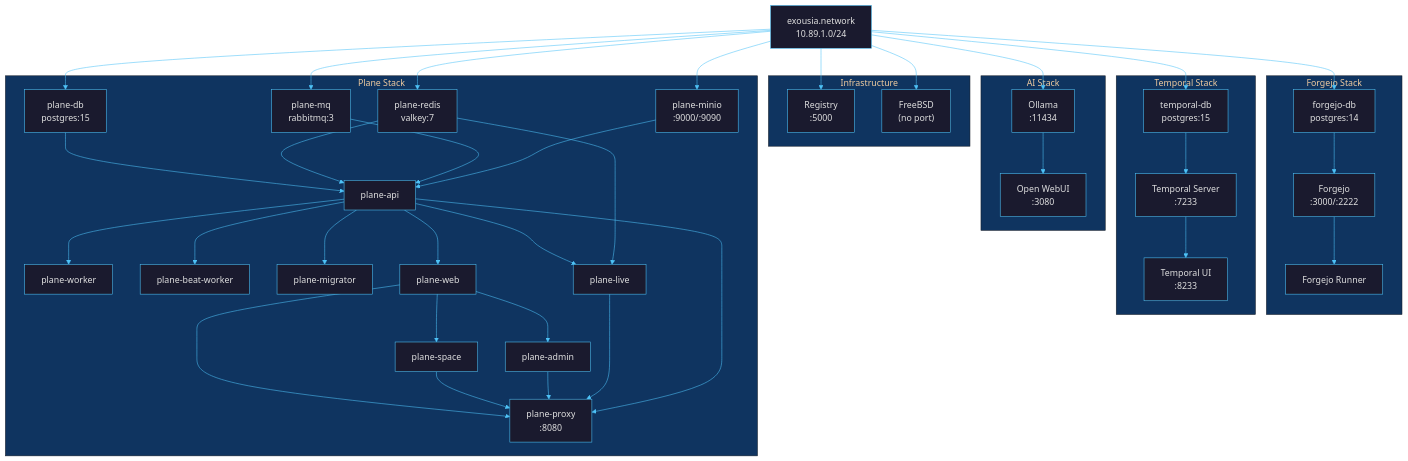
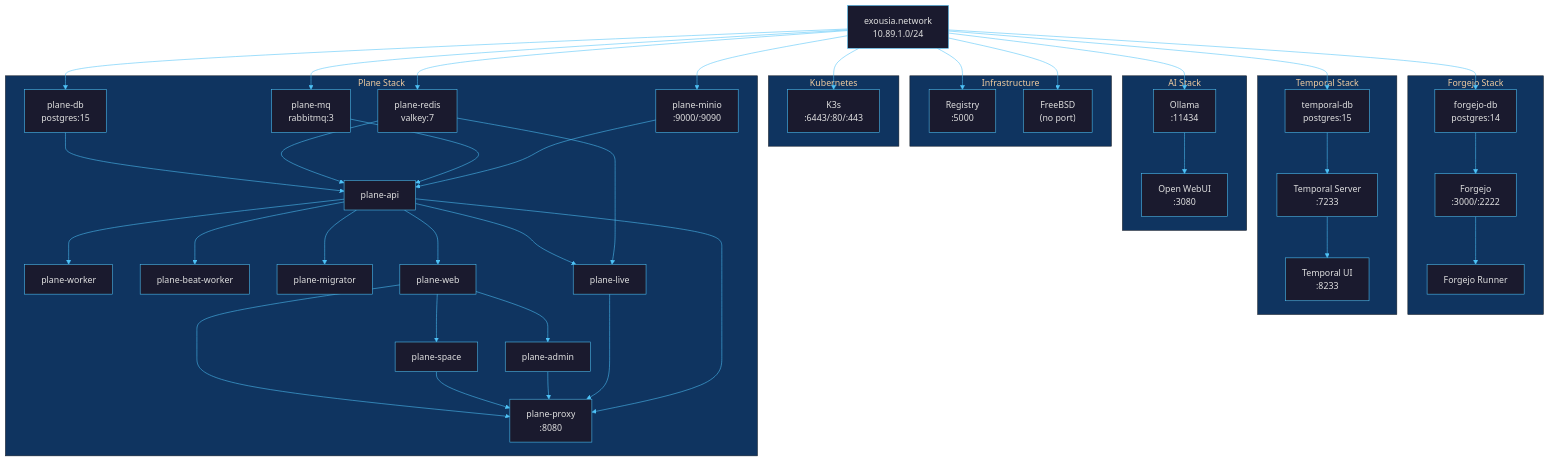
One commit to borninthedark/exousia changed the diagram in docs/quadlet-services.md. Above: the diagram before and after it, drawn with Mermaid. The commit also changed other lines of this file and 3 other files, not shown here.

````diff
--- a/docs/quadlet-services.md
+++ b/docs/quadlet-services.md
@@ -9,54 +9,59 @@
 ```mermaid
 %%{init: {'theme': 'base', 'themeVariables': {'primaryColor': '#1a1a2e', 'primaryTextColor': '#e0e0e0', 'primaryBorderColor': '#4fc3f7', 'lineColor': '#4fc3f7', 'secondaryColor': '#16213e', 'tertiaryColor': '#0f3460'}}}%%
 graph TD
     NET["exousia.network<br/>10.89.1.0/24"]
 
     subgraph INFRA["Infrastructure"]
         REG["Registry<br/>:5000"]
         BSD["FreeBSD<br/>(no port)"]
     end
 
     subgraph FORGEJO["Forgejo Stack"]
         FDB["forgejo-db<br/>postgres:14"]
         FG["Forgejo<br/>:3000/:2222"]
         FR["Forgejo Runner"]
     end
 
     subgraph AI["AI Stack"]
         OLL["Ollama<br/>:11434"]
         OWU["Open WebUI<br/>:3080"]
     end
 
     subgraph TEMPORAL["Temporal Stack"]
         TDB["temporal-db<br/>postgres:15"]
         TS["Temporal Server<br/>:7233"]
         TU["Temporal UI<br/>:8233"]
     end
 
+    subgraph K3S["Kubernetes"]
+        K3["K3s<br/>:6443/:80/:443"]
+    end
+
     subgraph PLANE["Plane Stack"]
         PDB["plane-db<br/>postgres:15"]
         PRD["plane-redis<br/>valkey:7"]
         PMQ["plane-mq<br/>rabbitmq:3"]
         PMN["plane-minio<br/>:9000/:9090"]
         PA["plane-api"]
         PW["plane-worker"]
         PBW["plane-beat-worker"]
         PMG["plane-migrator"]
         PWB["plane-web"]
         PS["plane-space"]
         PAD["plane-admin"]
         PL["plane-live"]
         PP["plane-proxy<br/>:8080"]
     end
 
     NET --> REG
     NET --> BSD
     NET --> FDB --> FG --> FR
     NET --> OLL --> OWU
+    NET --> K3
     NET --> TDB --> TS --> TU
     NET --> PDB & PRD & PMQ & PMN --> PA
     PA --> PW & PBW & PMG
     PA --> PWB --> PS & PAD
     PA & PRD --> PL
     PWB & PS & PAD & PL & PA --> PP
 ```
````
